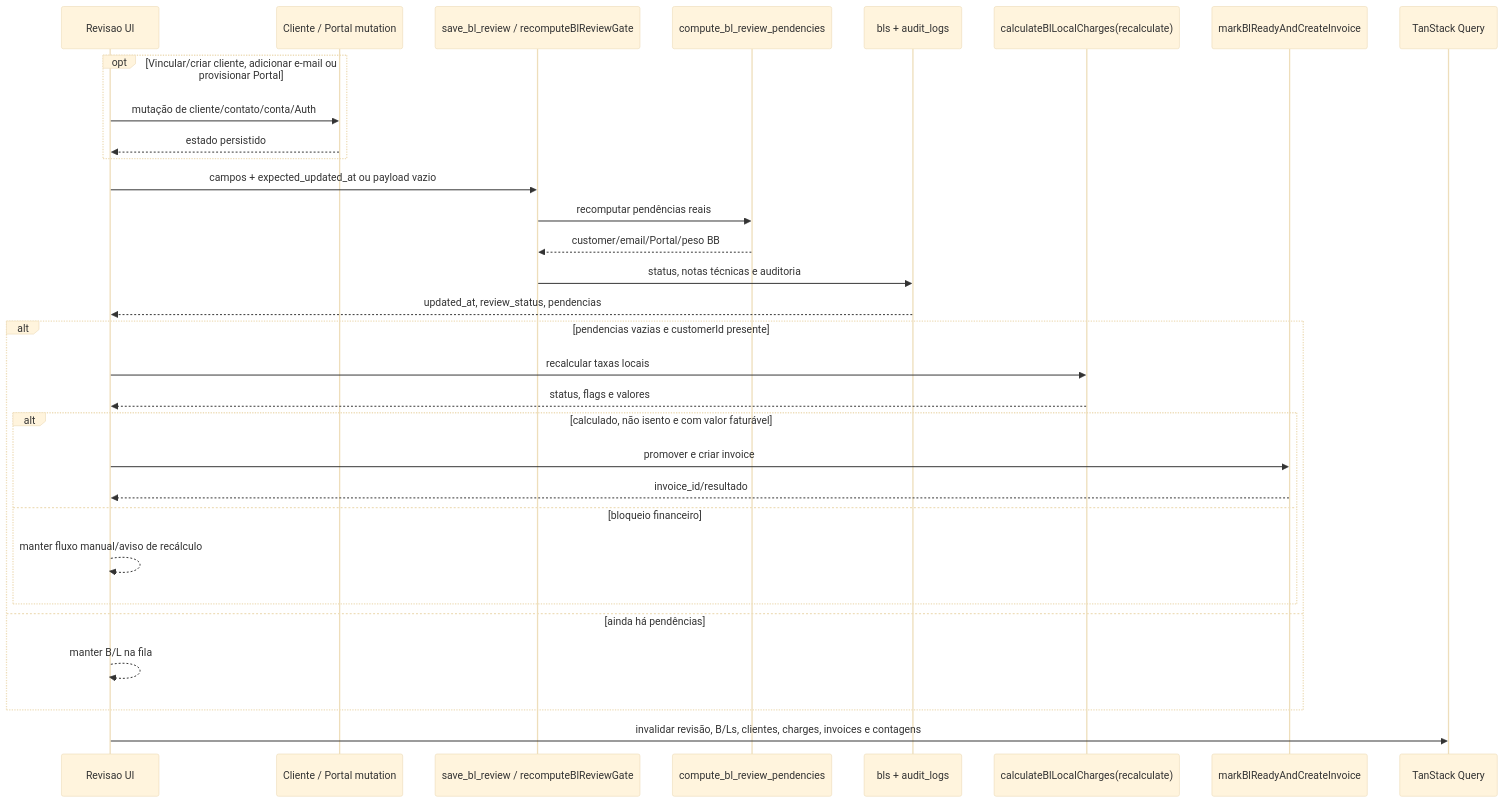
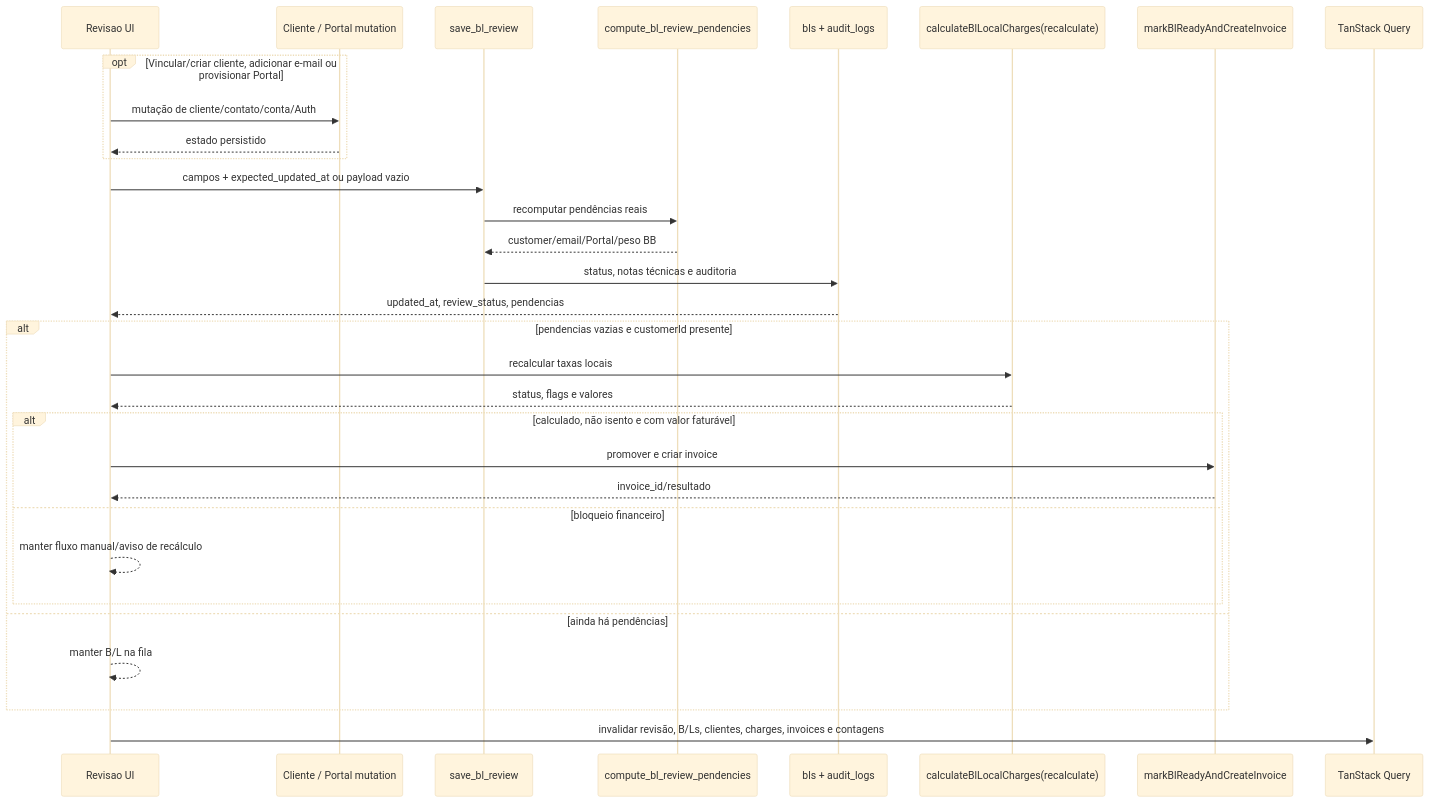
Before and after one commit to luccafwlog/vela: the diagram in docs/modules/operacao-suporte.md, drawn with Mermaid (base theme). The commit also changed other lines of this file and 12 other files, not shown here.

````diff
--- a/docs/modules/operacao-suporte.md
+++ b/docs/modules/operacao-suporte.md
@@ -277,34 +283,34 @@
 ```mermaid
 sequenceDiagram
     participant UI as Revisao UI
     participant Customer as Cliente / Portal mutation
-    participant Save as save_bl_review / recomputeBlReviewGate
+    participant Save as save_bl_review
     participant Gate as compute_bl_review_pendencies
     participant BL as bls + audit_logs
     participant Charges as calculateBlLocalCharges(recalculate)
     participant Invoice as markBlReadyAndCreateInvoice
     participant Cache as TanStack Query
 
     opt Vincular/criar cliente, adicionar e-mail ou provisionar Portal
         UI->>Customer: mutação de cliente/contato/conta/Auth
         Customer-->>UI: estado persistido
     end
     UI->>Save: campos + expected_updated_at ou payload vazio
     Save->>Gate: recomputar pendências reais
     Gate-->>Save: customer/email/Portal/peso BB
     Save->>BL: status, notas técnicas e auditoria
     BL-->>UI: updated_at, review_status, pendencias
     alt pendencias vazias e customerId presente
         UI->>Charges: recalcular taxas locais
         Charges-->>UI: status, flags e valores
         alt calculado, não isento e com valor faturável
             UI->>Invoice: promover e criar invoice
             Invoice-->>UI: invoice_id/resultado
         else bloqueio financeiro
             UI-->>UI: manter fluxo manual/aviso de recálculo
         end
     else ainda há pendências
         UI-->>UI: manter B/L na fila
     end
     UI->>Cache: invalidar revisão, B/Ls, clientes, charges, invoices e contagens
 ```
````
